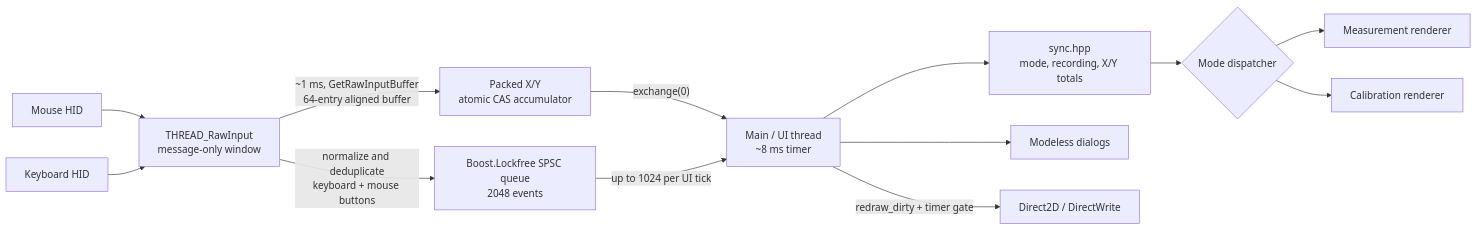
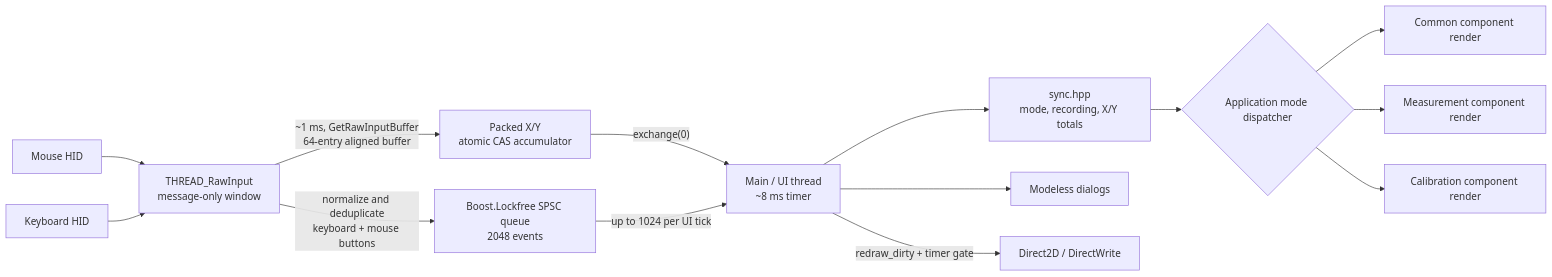
The first of 2 diagrams in README.md (wozuobuchu/WinMouseSensConverter), drawn with Mermaid before and after one commit. The commit also changed other lines of this file and 25 other files, not shown here.

````diff
--- a/README.md
+++ b/README.md
@@ -320,16 +320,17 @@
 ```mermaid
 flowchart LR
     Mouse["Mouse HID"] --> InputThread["THREAD_RawInput<br/>message-only window"]
     Keyboard["Keyboard HID"] --> InputThread
     InputThread -->|"~1 ms, GetRawInputBuffer<br/>64-entry aligned buffer"| Atomic["Packed X/Y<br/>atomic CAS accumulator"]
     Atomic -->|"exchange(0)"| Main["Main / UI thread<br/>~8 ms timer"]
     InputThread -->|"normalize and deduplicate<br/>keyboard + mouse buttons"| Queue["Boost.Lockfree SPSC queue<br/>2048 events"]
     Queue -->|"up to 1024 per UI tick"| Main
 
     Main --> Shared["sync.hpp<br/>mode, recording, X/Y totals"]
-    Shared --> Dispatcher{"Mode dispatcher"}
-    Dispatcher --> Measurement["Measurement renderer"]
-    Dispatcher --> Calibration["Calibration renderer"]
+    Shared --> Dispatcher{"Application mode dispatcher"}
+    Dispatcher --> Common["Common component render"]
+    Dispatcher --> Measurement["Measurement component render"]
+    Dispatcher --> Calibration["Calibration component render"]
     Main --> Dialogs["Modeless dialogs"]
     Main -->|"redraw_dirty + timer gate"| D2D["Direct2D / DirectWrite"]
 ```
````
